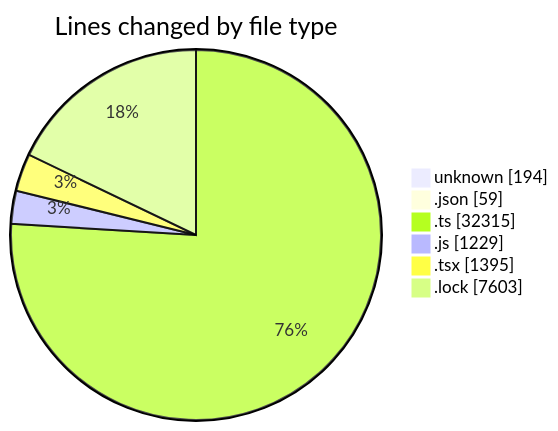
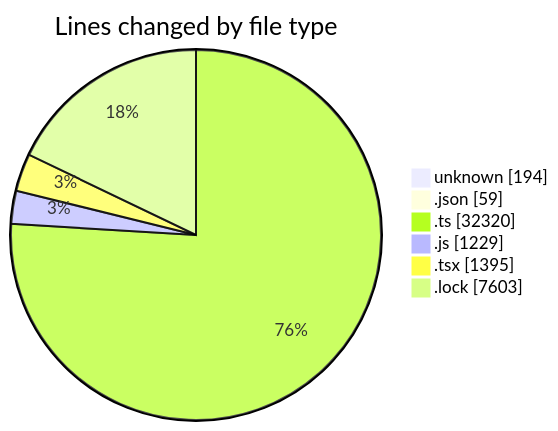
The first of 2 diagrams in 2025-11-13/cda/README.md (momahboobian/code-tracking), drawn with Mermaid before and after one commit. The commit also changed other lines of this file and 1 other file, not shown here.

````diff
--- a/2025-11-13/cda/README.md
+++ b/2025-11-13/cda/README.md
@@ -41,10 +41,10 @@
 ```mermaid
 pie showData
 title Lines changed by file type
 "unknown" : 194
 ".json" : 59
-".ts" : 32315
+".ts" : 32320
 ".js" : 1229
 ".tsx" : 1395
 ".lock" : 7603
 ```
````
